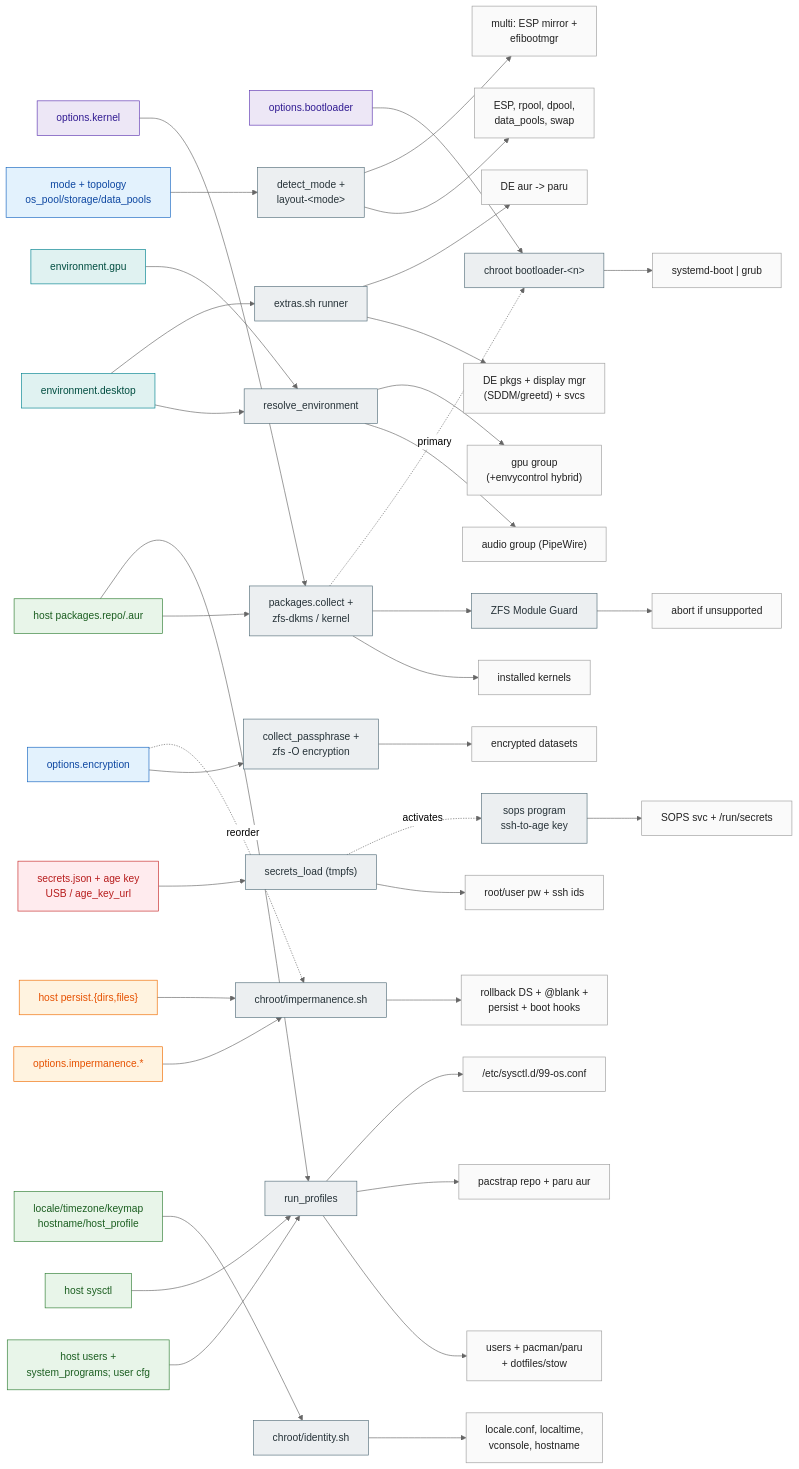
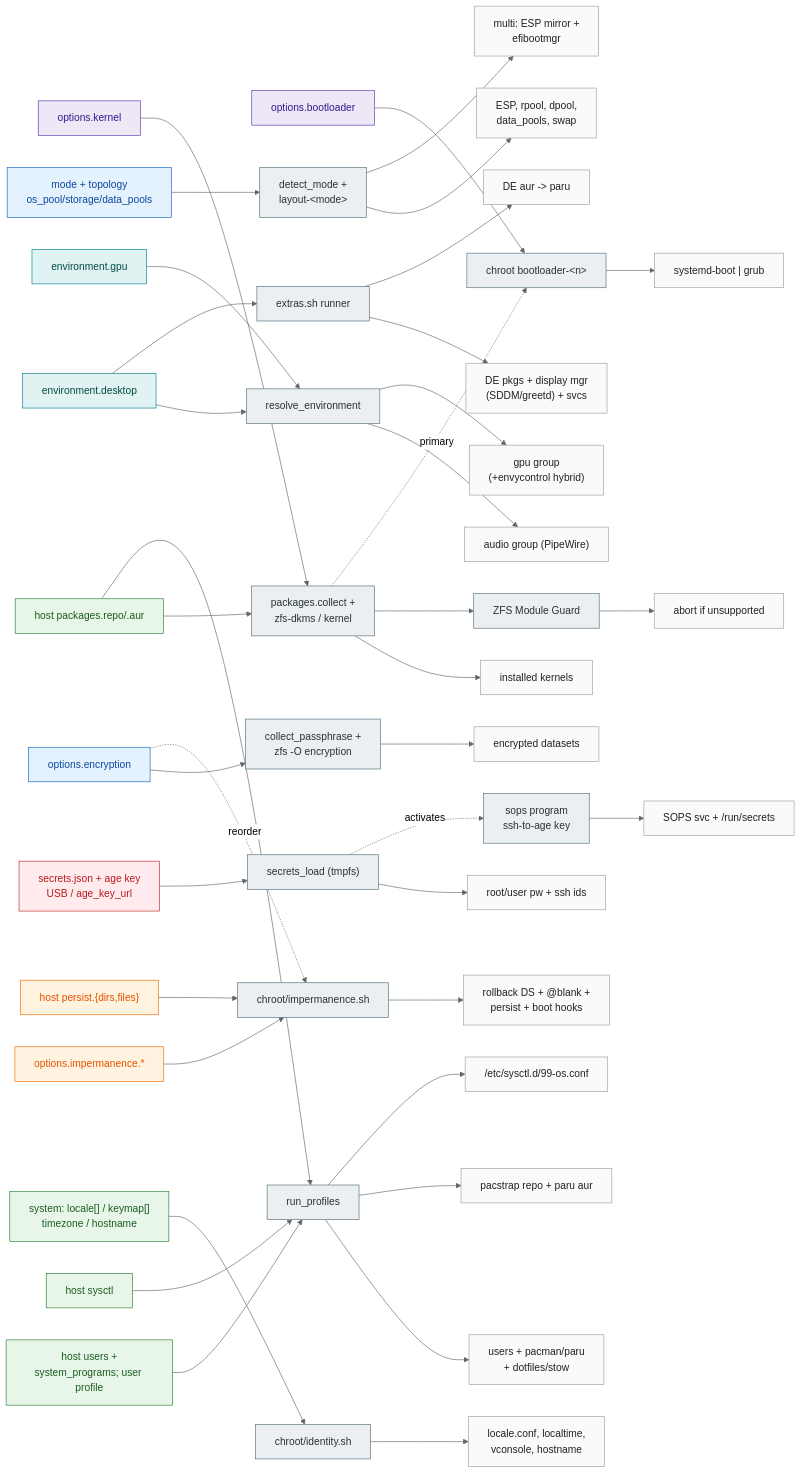
The second of 4 diagrams in .os/ARCHITECTURE.md (Aquastias/Arch-Dotfiles), drawn with Mermaid (neutral theme) before and after one commit. The commit also changed other lines of this file and 2 other files, not shown here.

Commit message:
docs(profile): Rewrite ARCHITECTURE diagrams + CONTEXT glossary (ADR 0036)

````diff
--- a/.os/ARCHITECTURE.md
+++ b/.os/ARCHITECTURE.md
@@ -128,79 +130,79 @@
 ```mermaid
 flowchart LR
   classDef cStore fill:#e3f2fd,stroke:#1565c0,color:#0d47a1
   classDef cBoot fill:#ede7f6,stroke:#5e35b1,color:#311b92
   classDef cDesk fill:#e0f2f1,stroke:#00838f,color:#004d40
   classDef cImp fill:#fff3e0,stroke:#ef6c00,color:#e65100
   classDef cProf fill:#e8f5e9,stroke:#2e7d32,color:#1b5e20
   classDef cSec fill:#ffebee,stroke:#c62828,color:#b71c1c
   classDef ph fill:#eceff1,stroke:#546e7a,color:#263238
   classDef rs fill:#fafafa,stroke:#9e9e9e,color:#212121
 
   d1["mode + topology<br/>os_pool/storage/data_pools"]:::cStore
   d_enc["options.encryption"]:::cStore
   d_k["options.kernel"]:::cBoot
   d_b["options.bootloader"]:::cBoot
   d_de["environment.desktop"]:::cDesk
   d_g["environment.gpu"]:::cDesk
   d_im["options.impermanence.*"]:::cImp
   d_pe["host persist.{dirs,files}"]:::cImp
-  d_id["locale/timezone/keymap<br/>hostname/host_profile"]:::cProf
-  d_up["host users +<br/>system_programs; user cfg"]:::cProf
+  d_id["system: locale[] / keymap[]<br/>timezone / hostname"]:::cProf
+  d_up["host users +<br/>system_programs; user profile"]:::cProf
   d_pk["host packages.repo/.aur"]:::cProf
   d_sy["host sysctl"]:::cProf
   d_se["secrets.json + age key<br/>USB / age_key_url"]:::cSec
 
   ph_lay["detect_mode +<br/>layout-&lt;mode&gt;"]:::ph
   ph_enc["collect_passphrase +<br/>zfs -O encryption"]:::ph
   ph_pk["packages.collect +<br/>zfs-dkms / kernel"]:::ph
   ph_g["ZFS Module Guard"]:::ph
   ph_b["chroot bootloader-&lt;n&gt;"]:::ph
   ph_ev["resolve_environment"]:::ph
   ph_ex["extras.sh runner"]:::ph
   ph_im["chroot/impermanence.sh"]:::ph
   ph_id["chroot/identity.sh"]:::ph
   ph_pr["run_profiles"]:::ph
   ph_se["secrets_load (tmpfs)"]:::ph
   ph_so["sops program<br/>ssh-to-age key"]:::ph
 
   r_pool["ESP, rpool, dpool,<br/>data_pools, swap"]:::rs
   r_mir["multi: ESP mirror +<br/>efibootmgr"]:::rs
   r_enc["encrypted datasets"]:::rs
   r_k["installed kernels"]:::rs
   r_g["abort if unsupported"]:::rs
   r_b["systemd-boot | grub"]:::rs
   r_au["audio group (PipeWire)"]:::rs
   r_de["DE pkgs + display mgr<br/>(SDDM/greetd) + svcs"]:::rs
   r_da["DE aur -> paru"]:::rs
   r_gp["gpu group<br/>(+envycontrol hybrid)"]:::rs
   r_im["rollback DS + @blank +<br/>persist + boot hooks"]:::rs
   r_id["locale.conf, localtime,<br/>vconsole, hostname"]:::rs
   r_up["users + pacman/paru<br/>+ dotfiles/stow"]:::rs
   r_pk["pacstrap repo + paru aur"]:::rs
   r_sy["/etc/sysctl.d/99-os.conf"]:::rs
   r_se["root/user pw + ssh ids"]:::rs
   r_so["SOPS svc + /run/secrets"]:::rs
 
   d1-->ph_lay
   ph_lay-->r_pool
   ph_lay-->r_mir
   d_enc-->ph_enc-->r_enc
   d_enc-.reorder.->ph_im
   d_k-->ph_pk-->r_k
   ph_pk-->ph_g-->r_g
   ph_pk-.primary.->ph_b
   d_b-->ph_b-->r_b
   d_de-->ph_ev-->r_au
   d_de-->ph_ex-->r_de
   ph_ex-->r_da
   d_g-->ph_ev-->r_gp
   d_im-->ph_im-->r_im
   d_pe-->ph_im
   d_id-->ph_id-->r_id
   d_up-->ph_pr-->r_up
   d_pk-->ph_pk
   d_pk-->ph_pr-->r_pk
   d_sy-->ph_pr-->r_sy
   d_se-->ph_se-->r_se
   ph_se-.activates.->ph_so-->r_so
 ```
````
